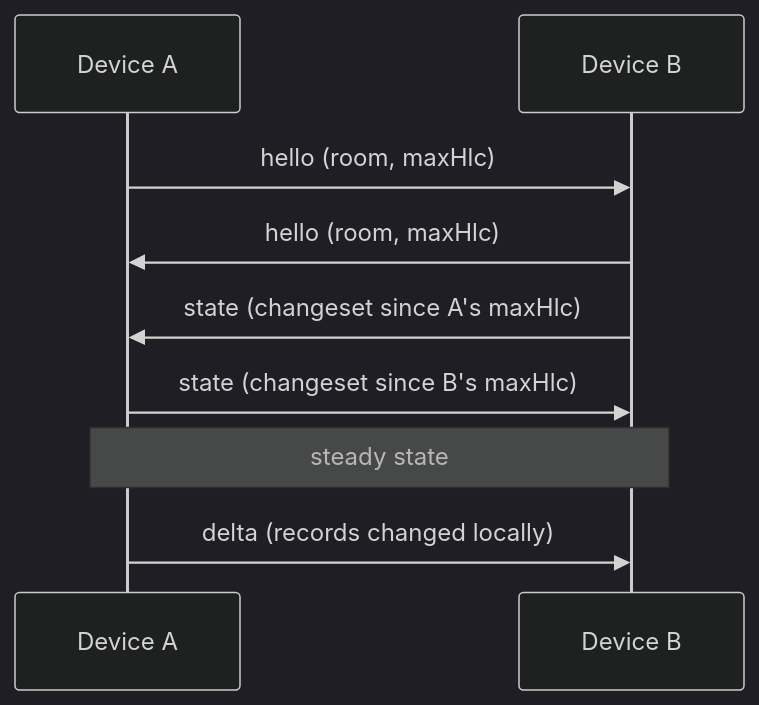
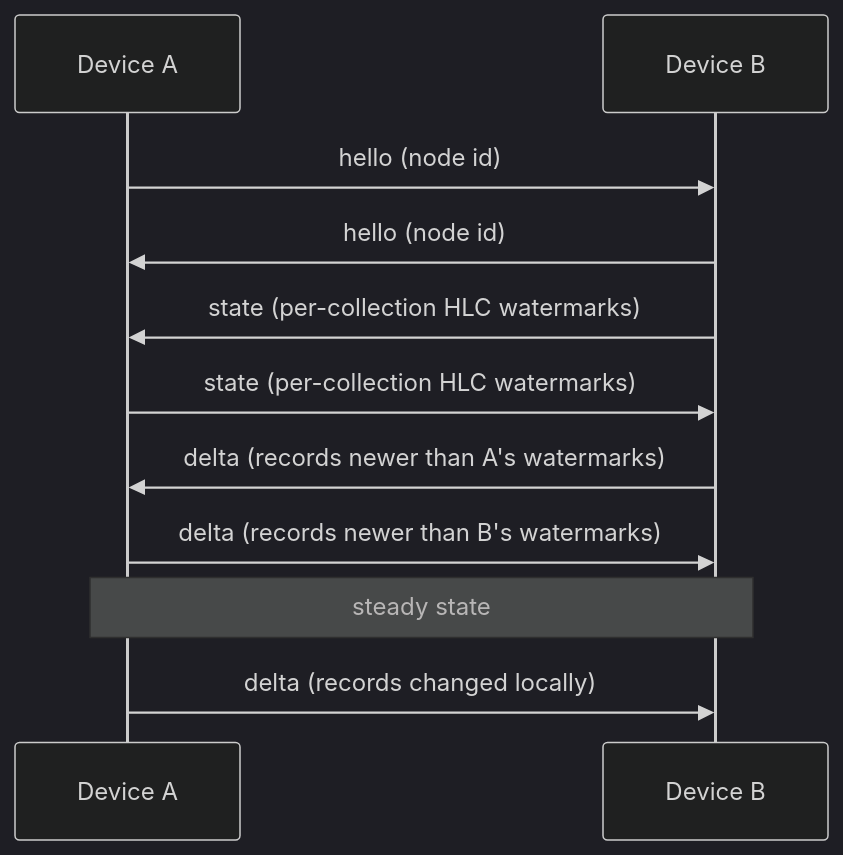
One commit to nodsoftware/passnote changed the diagram in docs/concepts/sync-and-crdt.md. Above: the diagram before and after it, drawn with Mermaid (dark theme). The commit also changed other lines of this file and 3 other files, not shown here.

Commit message:
📝 Fix sync sequence diagram and immediately wording in watch docs.

````diff
--- a/docs/concepts/sync-and-crdt.md
+++ b/docs/concepts/sync-and-crdt.md
@@ -43,11 +43,13 @@
 ```mermaid
 sequenceDiagram
   participant A as Device A
   participant B as Device B
-  A->>B: hello (room, maxHlc)
-  B->>A: hello (room, maxHlc)
-  B->>A: state (changeset since A's maxHlc)
-  A->>B: state (changeset since B's maxHlc)
+  A->>B: hello (node id)
+  B->>A: hello (node id)
+  B->>A: state (per-collection HLC watermarks)
+  A->>B: state (per-collection HLC watermarks)
+  B->>A: delta (records newer than A's watermarks)
+  A->>B: delta (records newer than B's watermarks)
   Note over A,B: steady state
   A->>B: delta (records changed locally)
 ```
````
